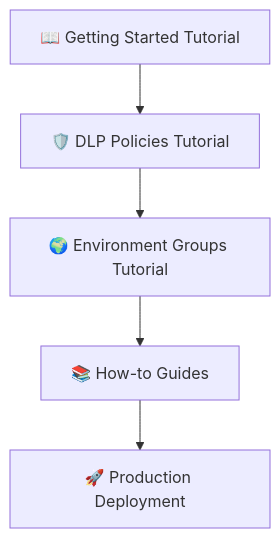
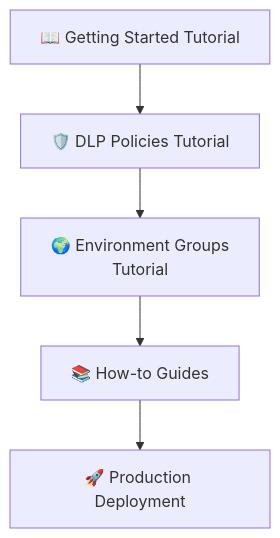
The diagram in docs/README.md (rpothin/ppcc25-terraform-power-platform-governance), drawn with Mermaid before and after one commit. The commit also changed other lines of this file, not shown here.

Commit message:
docs: reformat README tables for consistent alignment and wrap mermaid label

````diff
--- a/docs/README.md
+++ b/docs/README.md
@@ -64,7 +64,7 @@
 ```mermaid
 graph TD
     A[📖 Getting Started Tutorial] --> B[🛡️ DLP Policies Tutorial]
-    B --> C[🌍 Environment Groups Tutorial]
+    B --> C[🌍 Environment Groups<br/>Tutorial]
     C --> D[📚 How-to Guides]
     D --> E[🚀 Production Deployment]
 ```
````
